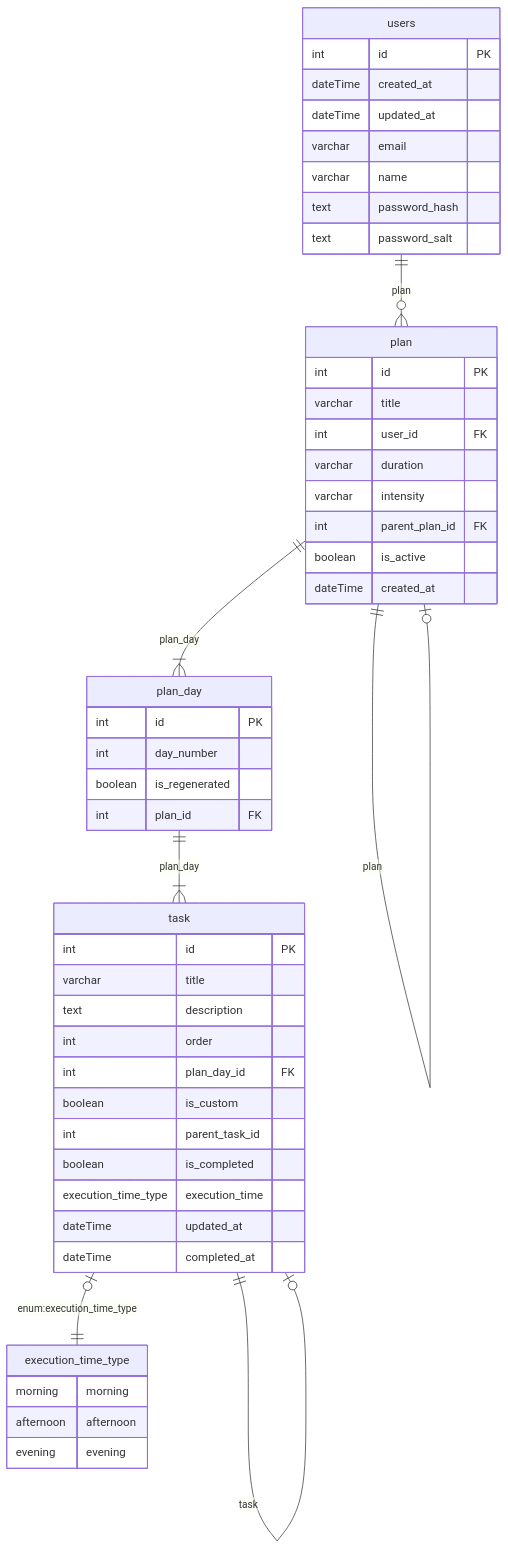
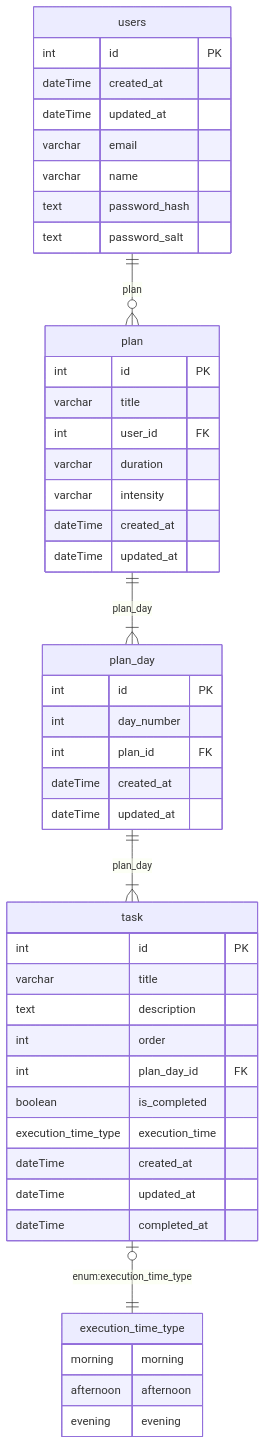
The diagram in readme.md (BinaryStudioAcademy/bsa-2025-checkly), drawn with Mermaid before and after one commit. The commit also changed 1 other file, not shown here.

Commit message:
feat: remove multilanguage entity, update tables fields, update er-diagram cy-41

````diff
--- a/readme.md
+++ b/readme.md
@@ -25,58 +25,55 @@
 ```mermaid
 
 erDiagram
   users ||--o{ plan : "plan"
   users {
     int id PK
     dateTime created_at
     dateTime updated_at
     varchar email
     varchar name
     text password_hash
     text password_salt
   }
 
   plan ||--|{ plan_day : "plan_day"
-  plan ||--o| plan : "plan"
   plan {
     int id PK
     varchar title
     int user_id FK
     varchar duration
     varchar intensity
-    int parent_plan_id FK
-    boolean is_active
     dateTime created_at
+    dateTime updated_at
   }
 
   plan_day ||--|{ task : "plan_day"
   plan_day {
     int id PK
     int day_number
-    boolean is_regenerated
     int plan_id FK
+    dateTime created_at
+    dateTime updated_at
   }
 
-  task ||--o| task : "task"
   task o|--|| execution_time_type : "enum:execution_time_type"
   task {
     int id PK
     varchar title
     text description
     int order
     int plan_day_id FK
-    boolean is_custom
-    int parent_task_id
     boolean is_completed
     execution_time_type execution_time
+    dateTime created_at
     dateTime updated_at
     dateTime completed_at
   }
 
   execution_time_type {
     morning morning
     afternoon afternoon
     evening evening
   }
 
 ```
````
